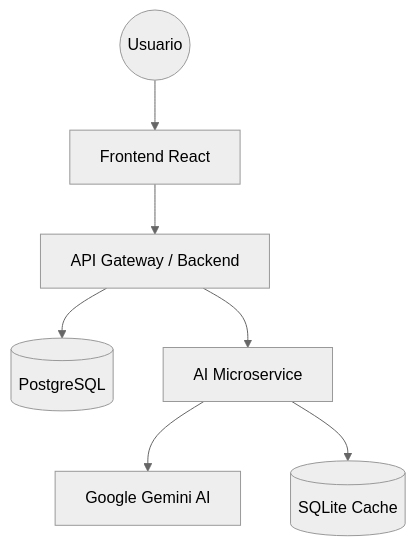
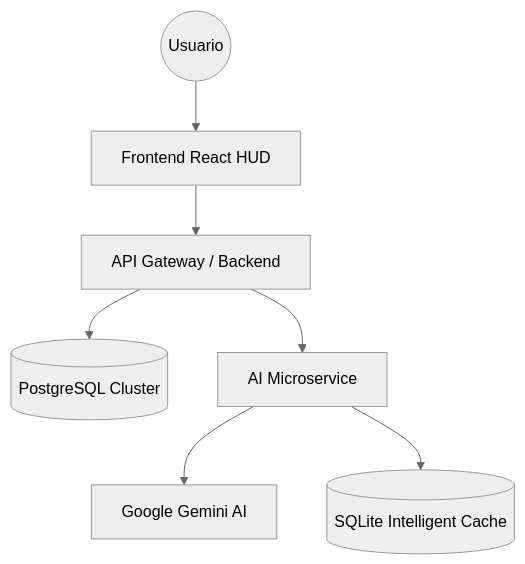
The diagram in README.md (albagar2/Bateria-de-preguntas), drawn with Mermaid (neutral theme) before and after one commit. The commit also changed other lines of this file and 20 other files, not shown here.

````diff
--- a/README.md
+++ b/README.md
@@ -26,9 +31,9 @@
 ```mermaid
 graph TD
-    User((Usuario)) --> FE[Frontend React]
+    User((Usuario)) --> FE[Frontend React HUD]
     FE --> GW[API Gateway / Backend]
-    GW --> DB[(PostgreSQL)]
+    GW --> DB[(PostgreSQL Cluster)]
     GW --> AI_S[AI Microservice]
     AI_S --> Gemini[Google Gemini AI]
-    AI_S --> Cache[(SQLite Cache)]
+    AI_S --> Cache[(SQLite Intelligent Cache)]
 ```
````
